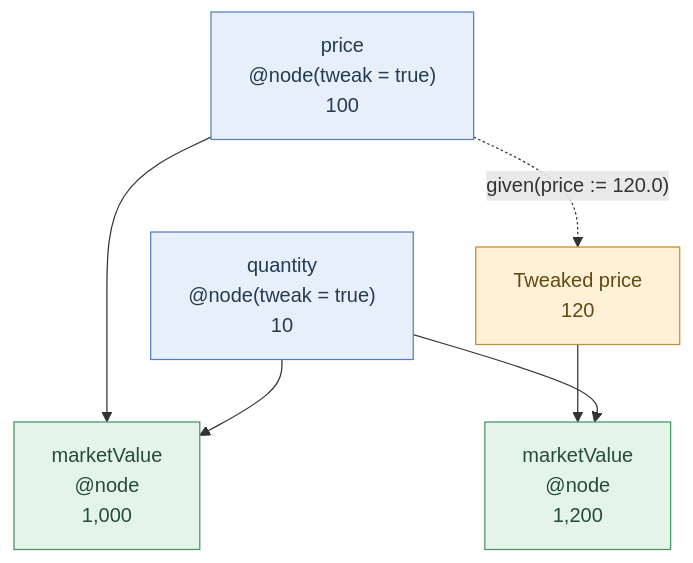
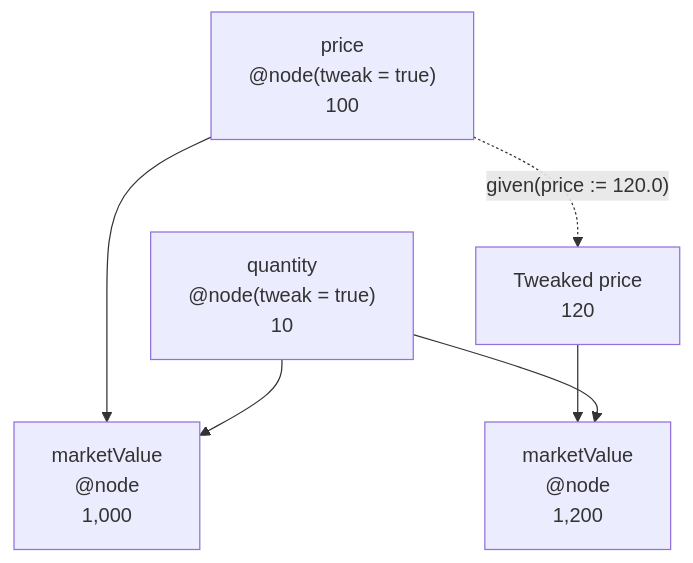
Before and after one commit to iand4096/docusaurusportfolio: the diagram in docs/misc/OptimusRICE.md, drawn with Mermaid. The commit also changed other lines of this file and 22 other files, not shown here.

Commit message:
Unify diagram figures with restrained styling and fullscreen zoom and pan

````diff
--- a/docs/misc/OptimusRICE.md
+++ b/docs/misc/OptimusRICE.md
@@ -75,27 +92,20 @@
 ```mermaid
 flowchart TD
     P["price<br/>@node(tweak = true)<br/>100"]
     Q["quantity<br/>@node(tweak = true)<br/>10"]
 
     MV["marketValue<br/>@node<br/>1,000"]
 
     P --> MV
     Q --> MV
 
     P -. "given(price := 120.0)" .-> TP
 
     TP["Tweaked price<br/>120"]
     TMV["marketValue<br/>@node<br/>1,200"]
 
     TP --> TMV
     Q --> TMV
-
-    classDef input fill:#E7EFFA,stroke:#5680BB,color:#243B53
-    classDef result fill:#E5F4E9,stroke:#479465,color:#244D35
-    classDef tweak fill:#FFF1D8,stroke:#C28C30,color:#654710
-
-    class P,Q input
-    class MV,TMV result
-    class TP tweak
-
+    class P,Q,TP input;
+    class MV,TMV process;
 ```
````
